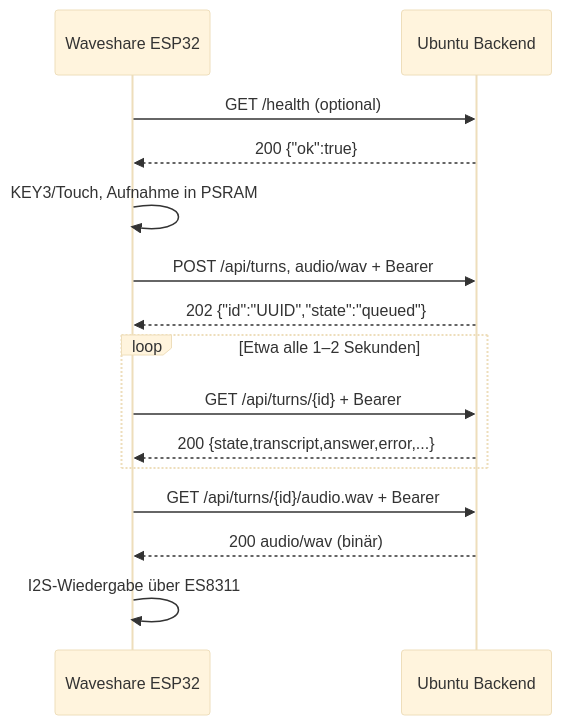
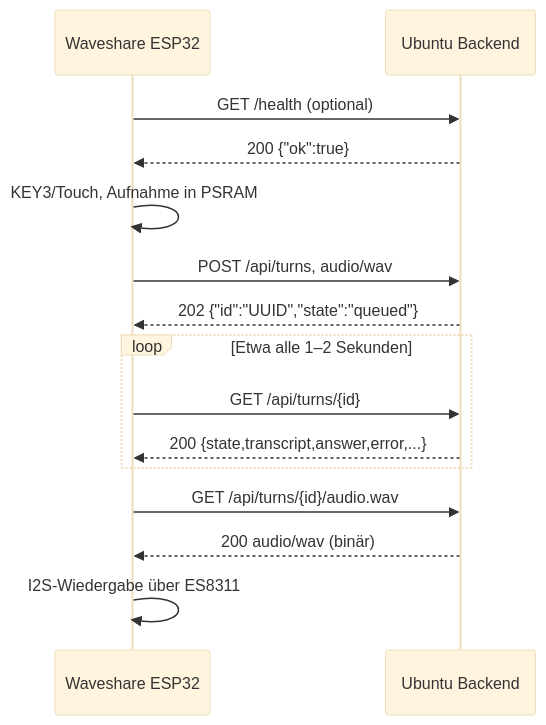
Before and after one commit to tyvda/ScriptBase: the second of 2 diagrams in waveshare-companion/API_CONTRACT.md, drawn with Mermaid (base theme). The commit also changed other lines of this file and 9 other files, not shown here.

````diff
--- a/waveshare-companion/API_CONTRACT.md
+++ b/waveshare-companion/API_CONTRACT.md
@@ -267,17 +255,17 @@
 ```mermaid
 sequenceDiagram
     participant W as Waveshare ESP32
     participant B as Ubuntu Backend
     W->>B: GET /health (optional)
     B-->>W: 200 {"ok":true}
     W->>W: KEY3/Touch, Aufnahme in PSRAM
-    W->>B: POST /api/turns, audio/wav + Bearer
+    W->>B: POST /api/turns, audio/wav
     B-->>W: 202 {"id":"UUID","state":"queued"}
     loop Etwa alle 1–2 Sekunden
-        W->>B: GET /api/turns/{id} + Bearer
+        W->>B: GET /api/turns/{id}
         B-->>W: 200 {state,transcript,answer,error,...}
     end
-    W->>B: GET /api/turns/{id}/audio.wav + Bearer
+    W->>B: GET /api/turns/{id}/audio.wav
     B-->>W: 200 audio/wav (binär)
     W->>W: I2S-Wiedergabe über ES8311
 ```
````
